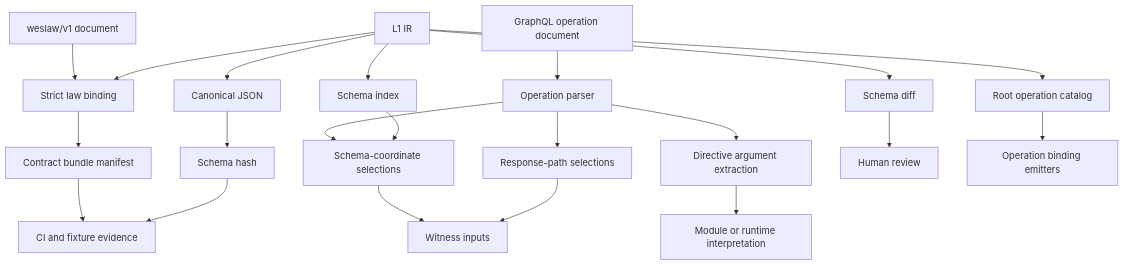
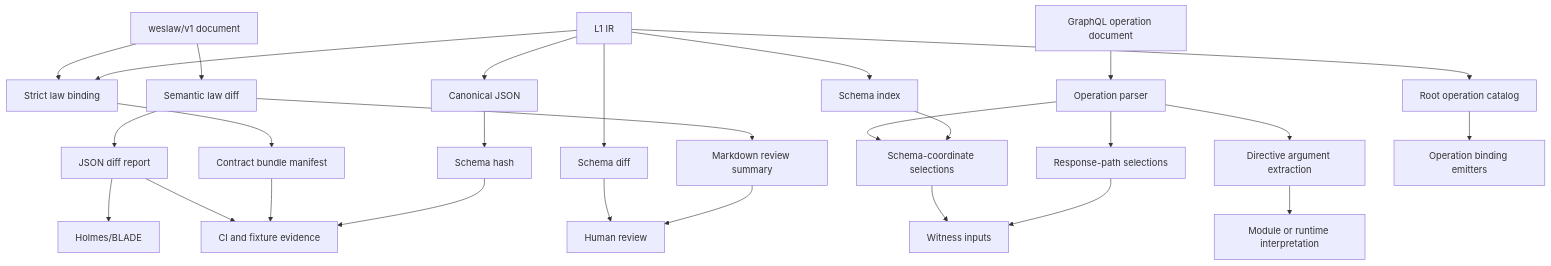
The ninth of 24 diagrams in docs/END_TO_END.md (flyingrobots/wesley), drawn with Mermaid before and after one commit. The commit also changed other lines of this file and 16 other files, not shown here.

Commit message:
feat(weslaw): expose semantic law diff command

````diff
--- a/docs/END_TO_END.md
+++ b/docs/END_TO_END.md
@@ -425,25 +430,31 @@
 ```mermaid
 flowchart TD
     IR[L1 IR] --> Canonical[Canonical JSON]
     Canonical --> Hash[Schema hash]
     IR --> Delta[Schema diff]
     IR --> RootOps[Root operation catalog]
     IR --> LawBind[Strict law binding]
     LawDoc[weslaw/v1 document] --> LawBind
     LawBind --> LawManifest[Contract bundle manifest]
+    LawDoc --> LawDiff[Semantic law diff]
+    LawDiff --> LawDiffJson[JSON diff report]
+    LawDiff --> LawDiffMarkdown[Markdown review summary]
 
     Operation[GraphQL operation document] --> OpParse[Operation parser]
     OpParse --> ResponsePaths[Response-path selections]
     IR --> SchemaIndex[Schema index]
     SchemaIndex --> SchemaCoords[Schema-coordinate selections]
     OpParse --> SchemaCoords
     OpParse --> DirectiveArgs[Directive argument extraction]
 
     Hash --> CI[CI and fixture evidence]
     LawManifest --> CI
+    LawDiffJson --> CI
+    LawDiffJson --> Assurance[Holmes/BLADE]
+    LawDiffMarkdown --> Review
     Delta --> Review[Human review]
     RootOps --> Emitters[Operation binding emitters]
     ResponsePaths --> Witness[Witness inputs]
     SchemaCoords --> Witness
     DirectiveArgs --> Module[Module or runtime interpretation]
 ```
````
